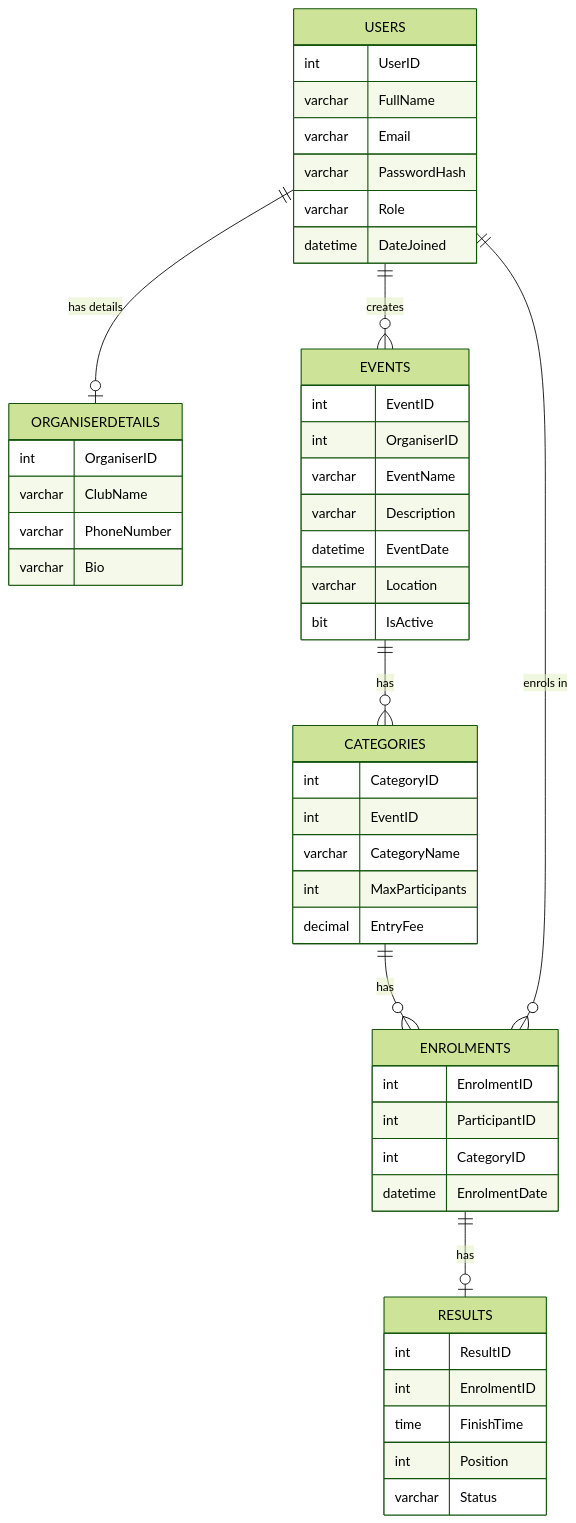
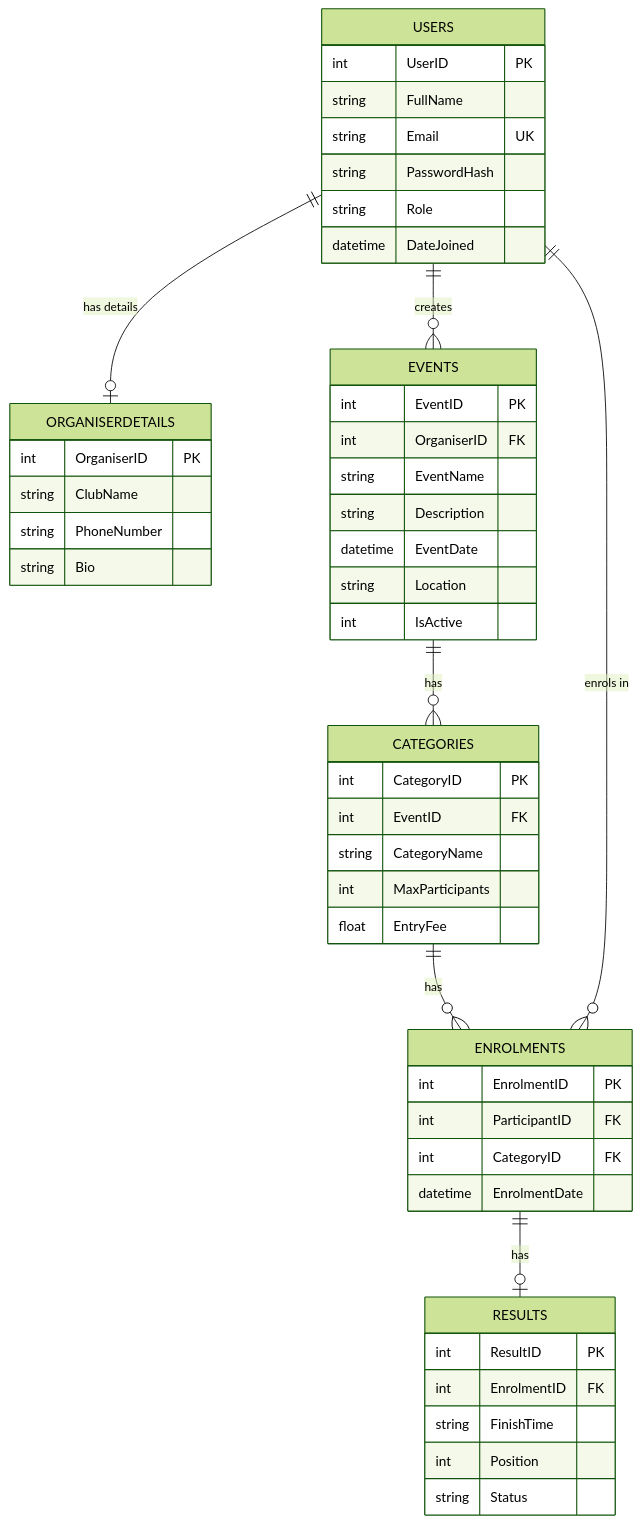
The diagram in docs/ERD.mmd (st10472501Ydv/PROG6212-POE-RaceDay), drawn with Mermaid (forest theme) before and after one commit. The commit also changed 7 other files, not shown here.

Commit message:
Fix ERD PK-FK labels, fix SQL text bug, add references to all docs

```diff
--- a/docs/ERD.mmd
+++ b/docs/ERD.mmd
@@ -1,56 +1,56 @@
 erDiagram
     USERS {
-        int UserID
-        varchar FullName
-        varchar Email
-        varchar PasswordHash
-        varchar Role
+        int UserID PK
+        string FullName
+        string Email UK
+        string PasswordHash
+        string Role
         datetime DateJoined
     }
 
     ORGANISERDETAILS {
-        int OrganiserID
-        varchar ClubName
-        varchar PhoneNumber
-        varchar Bio
+        int OrganiserID PK
+        string ClubName
+        string PhoneNumber
+        string Bio
     }
 
     EVENTS {
-        int EventID
-        int OrganiserID
-        varchar EventName
-        varchar Description
+        int EventID PK
+        int OrganiserID FK
+        string EventName
+        string Description
         datetime EventDate
-        varchar Location
-        bit IsActive
+        string Location
+        int IsActive
     }
 
     CATEGORIES {
-        int CategoryID
-        int EventID
-        varchar CategoryName
+        int CategoryID PK
+        int EventID FK
+        string CategoryName
         int MaxParticipants
-        decimal EntryFee
+        float EntryFee
     }
 
     ENROLMENTS {
-        int EnrolmentID
-        int ParticipantID
-        int CategoryID
+        int EnrolmentID PK
+        int ParticipantID FK
+        int CategoryID FK
         datetime EnrolmentDate
     }
 
     RESULTS {
-        int ResultID
-        int EnrolmentID
-        time FinishTime
+        int ResultID PK
+        int EnrolmentID FK
+        string FinishTime
         int Position
-        varchar Status
+        string Status
     }
 
     USERS ||--o| ORGANISERDETAILS : "has details"
     USERS ||--o{ EVENTS : "creates"
     EVENTS ||--o{ CATEGORIES : "has"
     CATEGORIES ||--o{ ENROLMENTS : "has"
     USERS ||--o{ ENROLMENTS : "enrols in"
     ENROLMENTS ||--o| RESULTS : "has"
```
